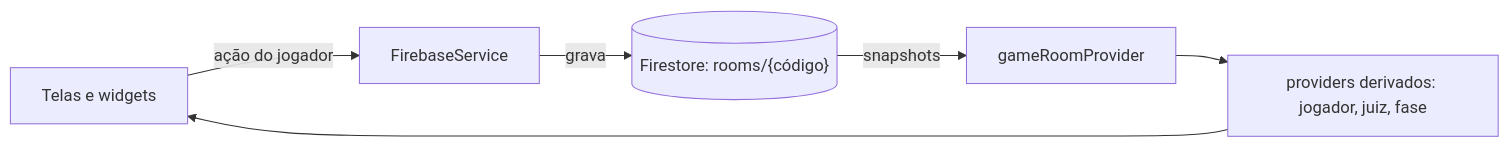
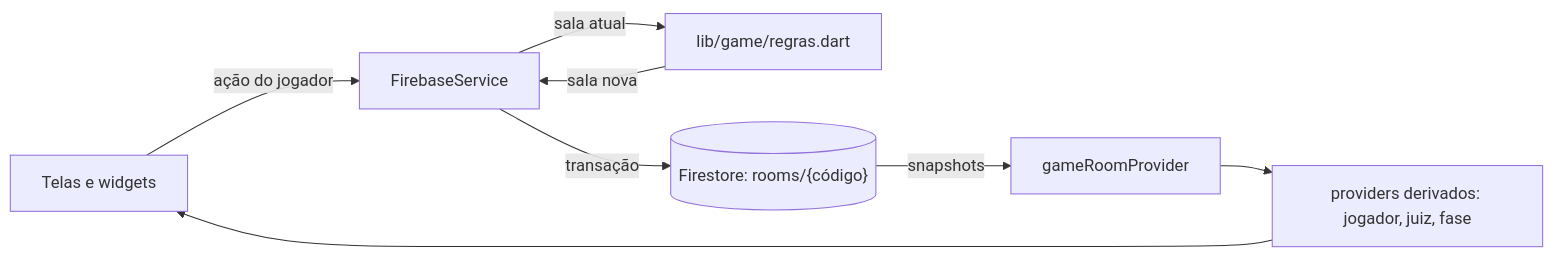
The diagram in docs/DESENVOLVIMENTO.md (pedrinholeda/cartaralho), drawn with Mermaid before and after one commit. The commit also changed other lines of this file and 4 other files, not shown here.

Commit message:
docs: explica as regras em lib/game e marca a fase 1 no roadmap

````diff
--- a/docs/DESENVOLVIMENTO.md
+++ b/docs/DESENVOLVIMENTO.md
@@ -47,8 +48,10 @@
 ```mermaid
 flowchart LR
   T["Telas e widgets"] -->|ação do jogador| S["FirebaseService"]
-  S -->|grava| F[("Firestore: rooms/{código}")]
+  S -->|sala atual| R["lib/game/regras.dart"]
+  R -->|sala nova| S
+  S -->|transação| F[("Firestore: rooms/{código}")]
   F -->|snapshots| P["gameRoomProvider"]
   P --> D["providers derivados: jogador, juiz, fase"]
   D --> T
 ```
````
